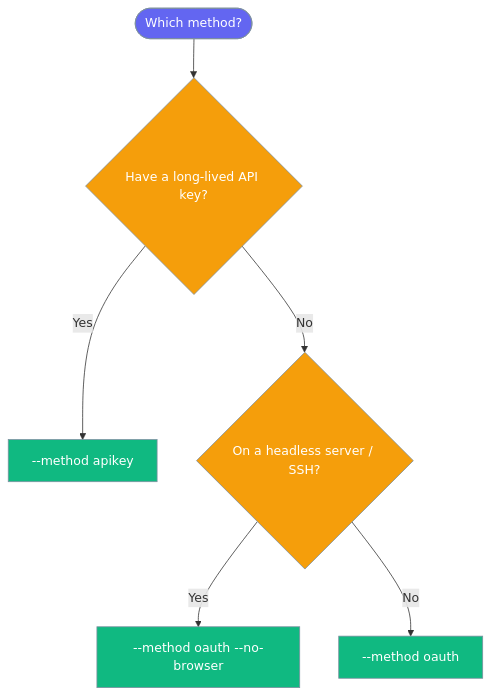
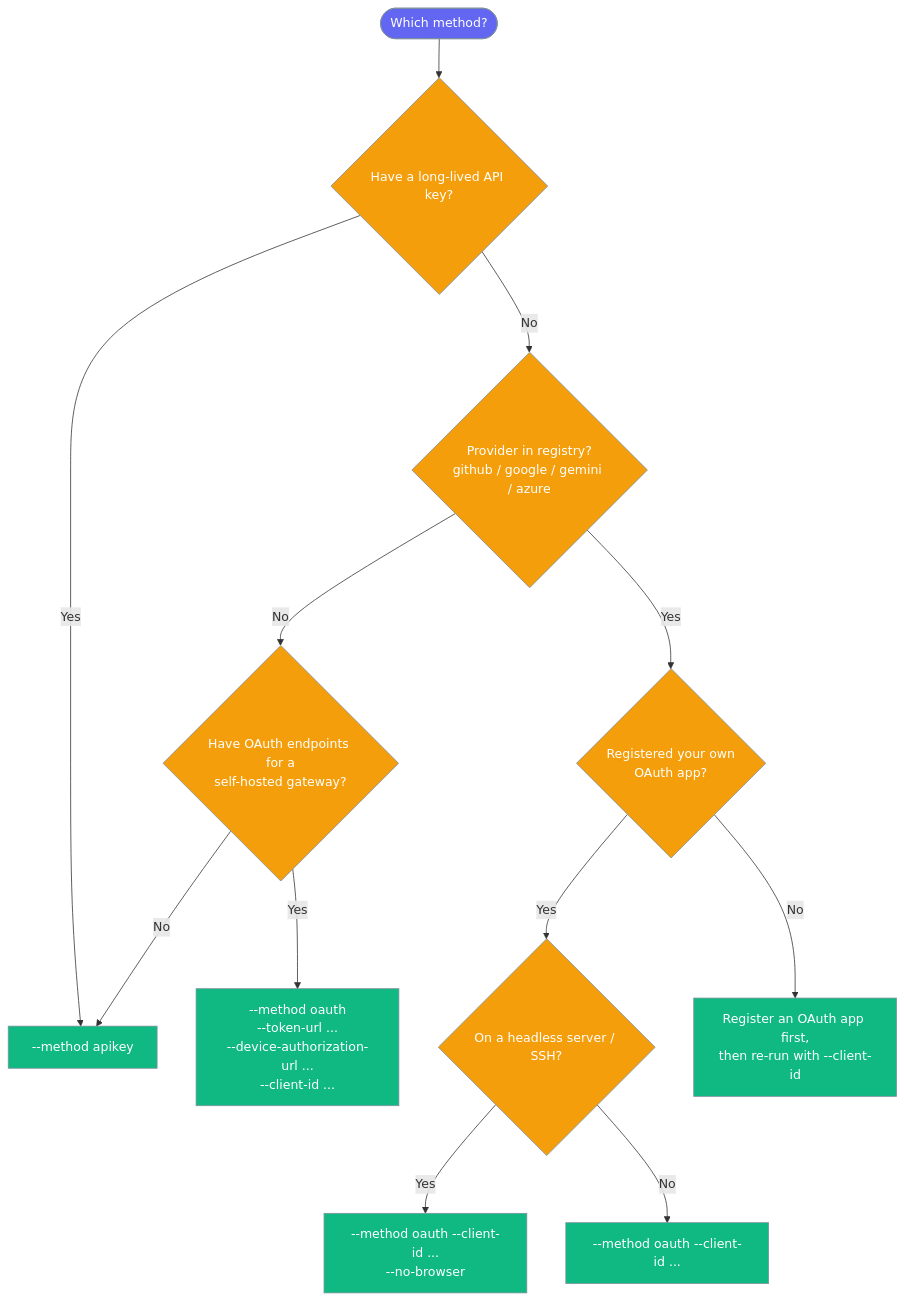
One commit to MervinPraison/PraisonAIDocs changed the second of 3 diagrams in docs/cli/auth.mdx. Above: the diagram before and after it, drawn with Mermaid. The commit also changed other lines of this file and 1 other file, not shown here.

First line of the commit message:
docs: update auth OAuth registry (github/google/gemini/azure) and new --client-id flags (fixes #1789)

````diff
--- a/docs/cli/auth.mdx
+++ b/docs/cli/auth.mdx
@@ -83,16 +88,22 @@
 ```mermaid
 graph TB
     Start([Which method?]) --> Q1{Have a long-lived API key?}
     Q1 -->|Yes| Apikey[--method apikey]
-    Q1 -->|No| Q2{On a headless server / SSH?}
-    Q2 -->|Yes| Headless[--method oauth --no-browser]
-    Q2 -->|No| Desktop[--method oauth]
+    Q1 -->|No| Q2{Provider in registry?<br/>github / google / gemini / azure}
+    Q2 -->|No| Q3{Have OAuth endpoints for a<br/>self-hosted gateway?}
+    Q2 -->|Yes| Q4{Registered your own<br/>OAuth app?}
+    Q3 -->|Yes| SelfHost[--method oauth<br/>--token-url ...<br/>--device-authorization-url ...<br/>--client-id ...]
+    Q3 -->|No| Apikey
+    Q4 -->|Yes| Q5{On a headless server / SSH?}
+    Q4 -->|No| RegisterApp[Register an OAuth app first,<br/>then re-run with --client-id]
+    Q5 -->|Yes| Headless[--method oauth --client-id ...<br/>--no-browser]
+    Q5 -->|No| Desktop[--method oauth --client-id ...]
 
     classDef decision fill:#F59E0B,stroke:#7C90A0,color:#fff
     classDef result fill:#10B981,stroke:#7C90A0,color:#fff
     classDef start fill:#6366F1,stroke:#7C90A0,color:#fff
 
     class Start start
-    class Q1,Q2 decision
-    class Apikey,Headless,Desktop result
+    class Q1,Q2,Q3,Q4,Q5 decision
+    class Apikey,Headless,Desktop,SelfHost,RegisterApp result
 ```
````
